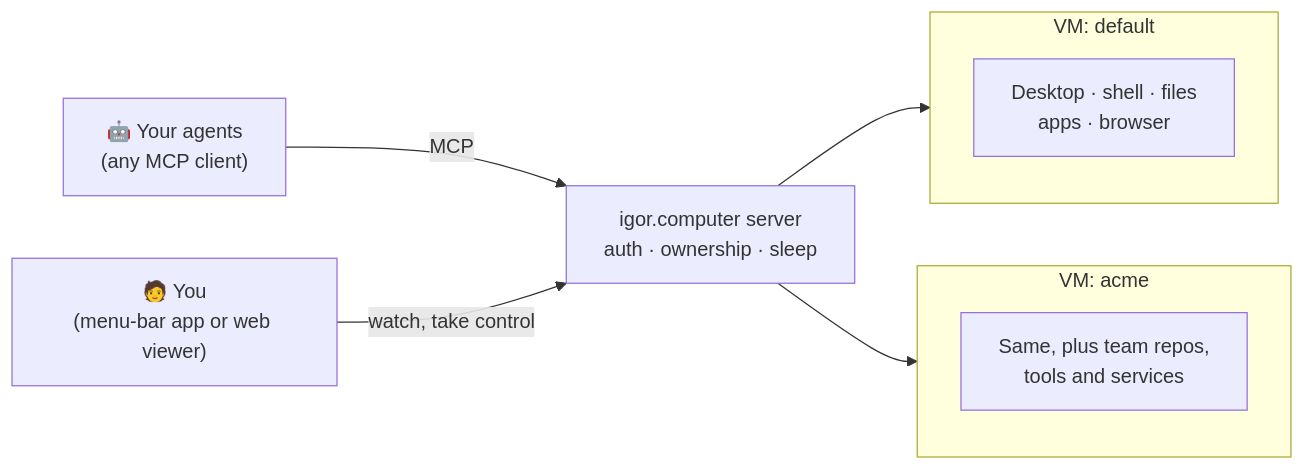
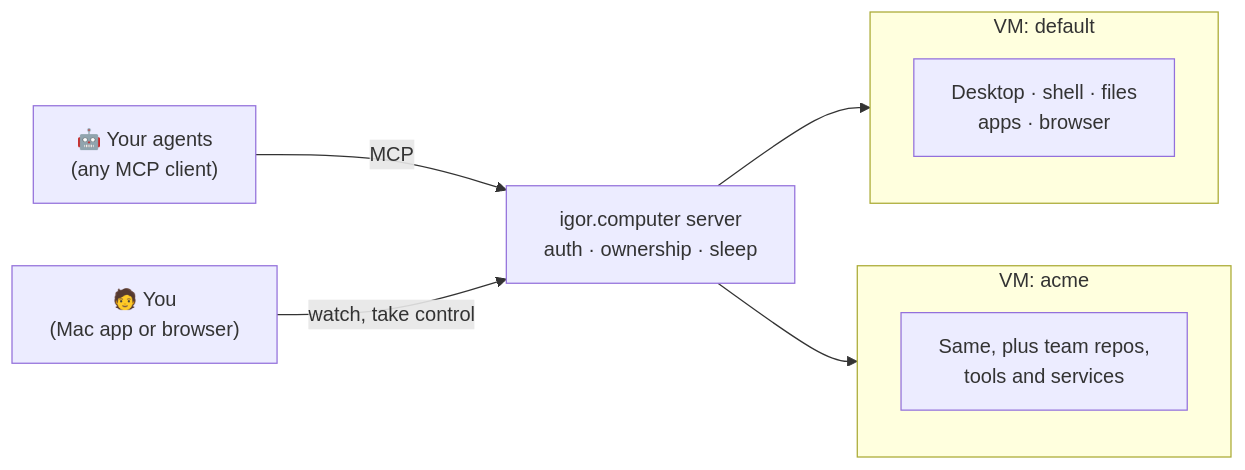
One commit to DaniGuardiola/igor.computer changed the diagram in README.md. Above: the diagram before and after it, drawn with Mermaid.

Commit message:
Drop the menu-bar detail from the README diagram

````diff
--- a/README.md
+++ b/README.md
@@ -20,13 +20,13 @@
 ```mermaid
 flowchart LR
   A["🤖 Your agents<br/>(any MCP client)"] -->|MCP| S
-  Y["🧑 You<br/>(menu-bar app or web viewer)"] -->|watch, take control| S
+  Y["🧑 You<br/>(Mac app or browser)"] -->|watch, take control| S
   S["igor.computer server<br/>auth · ownership · sleep"] --> V1
   S --> V2
   subgraph V1["VM: default"]
     C1["Desktop · shell · files<br/>apps · browser"]
   end
   subgraph V2["VM: acme"]
     C2["Same, plus team repos,<br/>tools and services"]
   end
 ```
````
